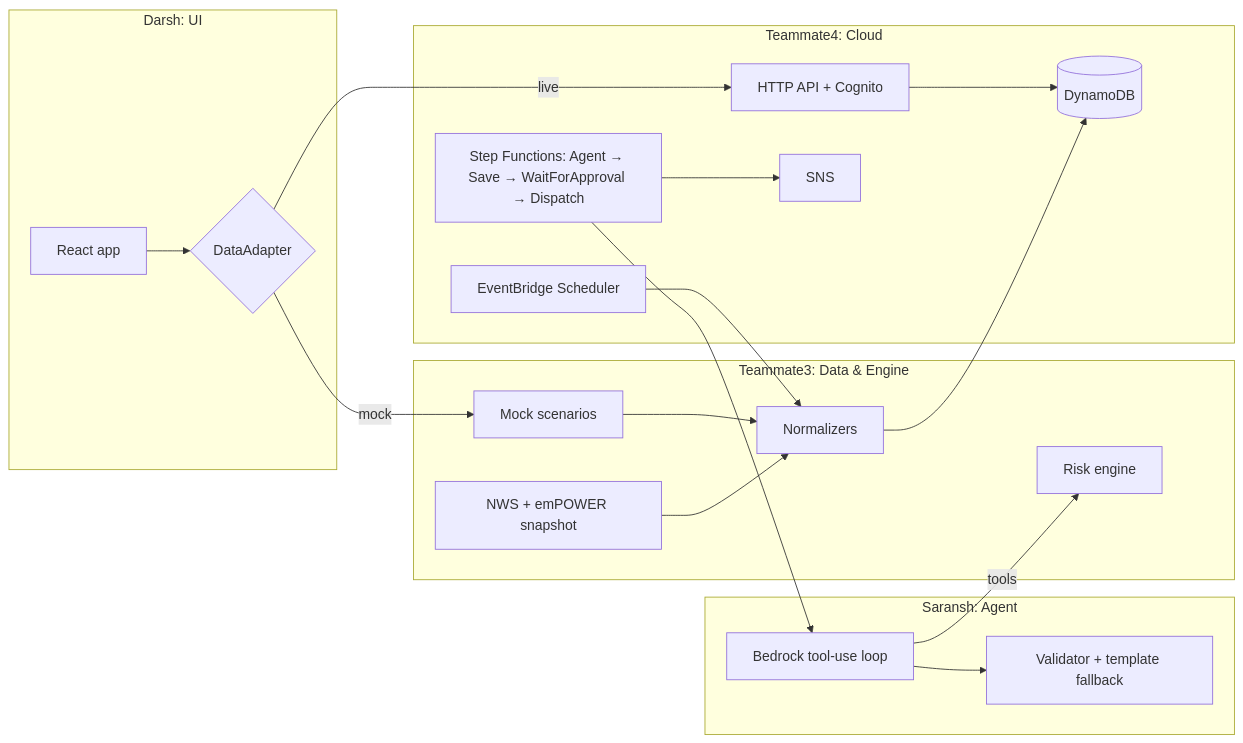
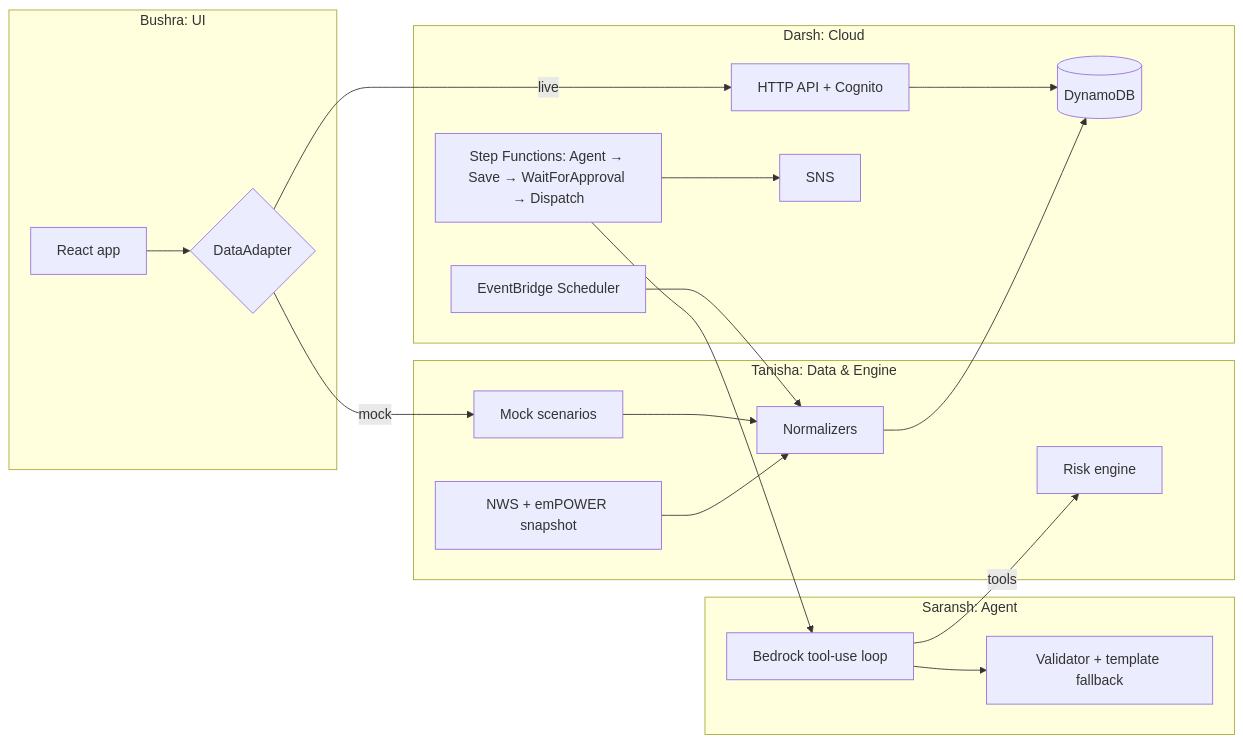
One commit to saransh-debugs/aws-4-hack changed the diagram in PLAN.md. Above: the diagram before and after it, drawn with Mermaid. The commit also changed other lines of this file and 17 other files, not shown here.

Commit message:
docs: reassign owners (UI: Bushra, cloud: Darsh, data/engine: Tanisha)

````diff
--- a/PLAN.md
+++ b/PLAN.md
@@ -68,24 +68,24 @@
 ```mermaid
 flowchart LR
-  subgraph T3[Teammate3: Data & Engine]
+  subgraph T3[Tanisha: Data & Engine]
     MOCK[Mock scenarios] --> NORM[Normalizers]
     REAL[NWS + emPOWER snapshot] --> NORM
     ENG[Risk engine]
   end
   subgraph S[Saransh: Agent]
     AG[Bedrock tool-use loop] -->|tools| ENG
     AG --> VAL[Validator + template fallback]
   end
-  subgraph T4[Teammate4: Cloud]
+  subgraph T4[Darsh: Cloud]
     API[HTTP API + Cognito] --> DDB[(DynamoDB)]
     SFN[Step Functions: Agent → Save → WaitForApproval → Dispatch] --> SNS[SNS]
     SCHED[EventBridge Scheduler] --> NORM
   end
-  subgraph D[Darsh: UI]
+  subgraph D[Bushra: UI]
     WEB[React app] --> ADP{DataAdapter}
   end
   ADP -->|mock| MOCK
   ADP -->|live| API
   SFN --> AG
   NORM --> DDB
 ```
````
